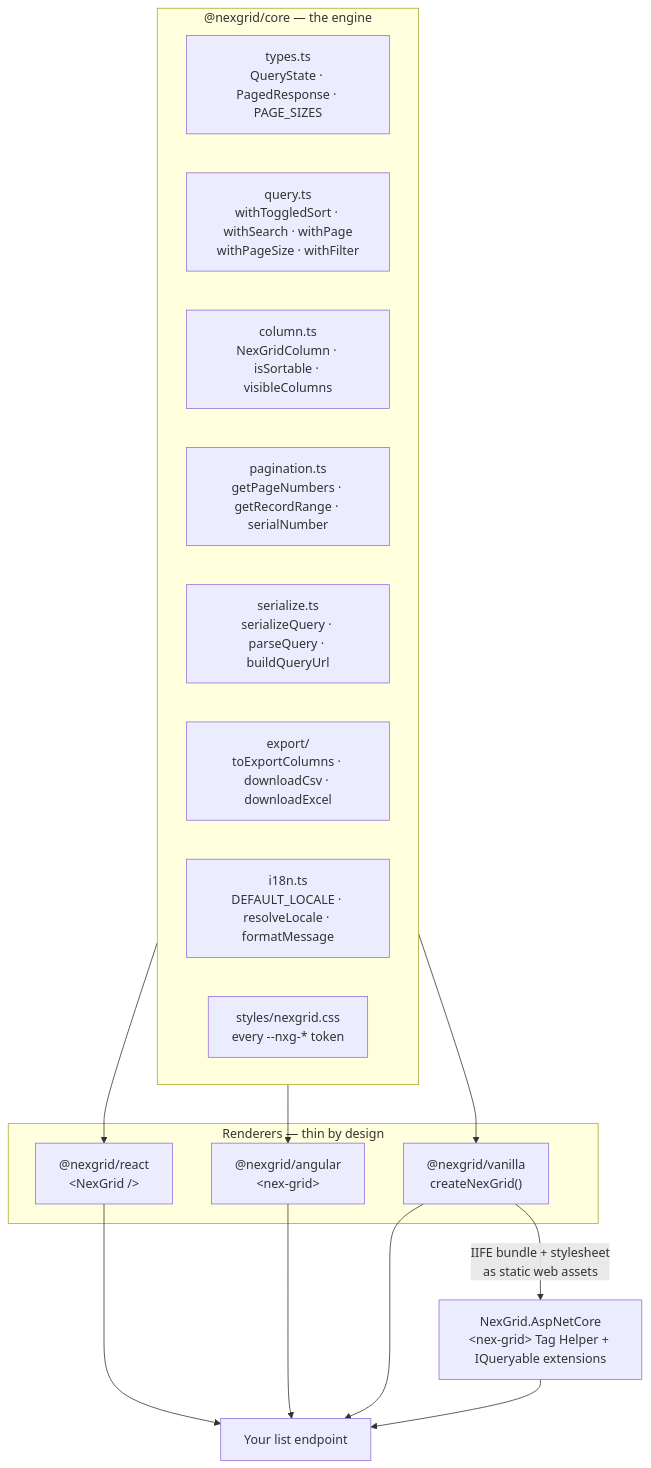
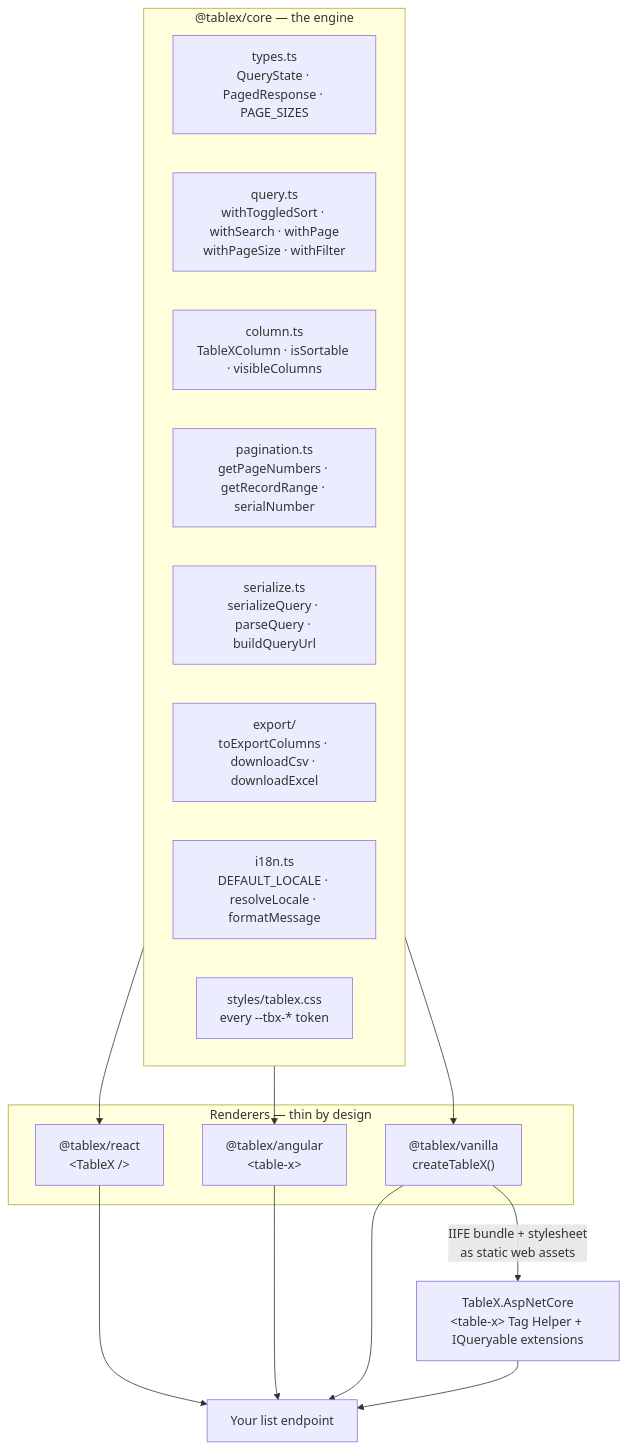
One commit to ChhaganSinha/NexGrid changed the first of 2 diagrams in docs/concepts.md. Above: the diagram before and after it, drawn with Mermaid. The commit also changed other lines of this file and 162 other files, not shown here.

Commit message:
refactor: rebrand and rename NexGrid to TableX across packages, dotnet library, examples, and docs

````diff
--- a/docs/concepts.md
+++ b/docs/concepts.md
@@ -47,31 +47,31 @@
 ```mermaid
 graph TD
-    subgraph engine["@nexgrid/core — the engine"]
+    subgraph engine["@tablex/core — the engine"]
         T["types.ts<br/>QueryState · PagedResponse · PAGE_SIZES"]
         Q["query.ts<br/>withToggledSort · withSearch · withPage<br/>withPageSize · withFilter"]
-        C["column.ts<br/>NexGridColumn · isSortable · visibleColumns"]
+        C["column.ts<br/>TableXColumn · isSortable · visibleColumns"]
         P["pagination.ts<br/>getPageNumbers · getRecordRange · serialNumber"]
         S["serialize.ts<br/>serializeQuery · parseQuery · buildQueryUrl"]
         X["export/<br/>toExportColumns · downloadCsv · downloadExcel"]
         I["i18n.ts<br/>DEFAULT_LOCALE · resolveLocale · formatMessage"]
-        CSS["styles/nexgrid.css<br/>every --nxg-* token"]
+        CSS["styles/tablex.css<br/>every --tbx-* token"]
     end
 
     subgraph adapters["Renderers — thin by design"]
-        R["@nexgrid/react<br/>&lt;NexGrid /&gt;"]
-        A["@nexgrid/angular<br/>&lt;nex-grid&gt;"]
-        V["@nexgrid/vanilla<br/>createNexGrid()"]
+        R["@tablex/react<br/>&lt;TableX /&gt;"]
+        A["@tablex/angular<br/>&lt;table-x&gt;"]
+        V["@tablex/vanilla<br/>createTableX()"]
     end
 
-    N["NexGrid.AspNetCore<br/>&lt;nex-grid&gt; Tag Helper + IQueryable extensions"]
+    N["TableX.AspNetCore<br/>&lt;table-x&gt; Tag Helper + IQueryable extensions"]
 
     engine --> R
     engine --> A
     engine --> V
     V -- "IIFE bundle + stylesheet<br/>as static web assets" --> N
 
     R --> API["Your list endpoint"]
     A --> API
     V --> API
     N --> API
 ```
````
